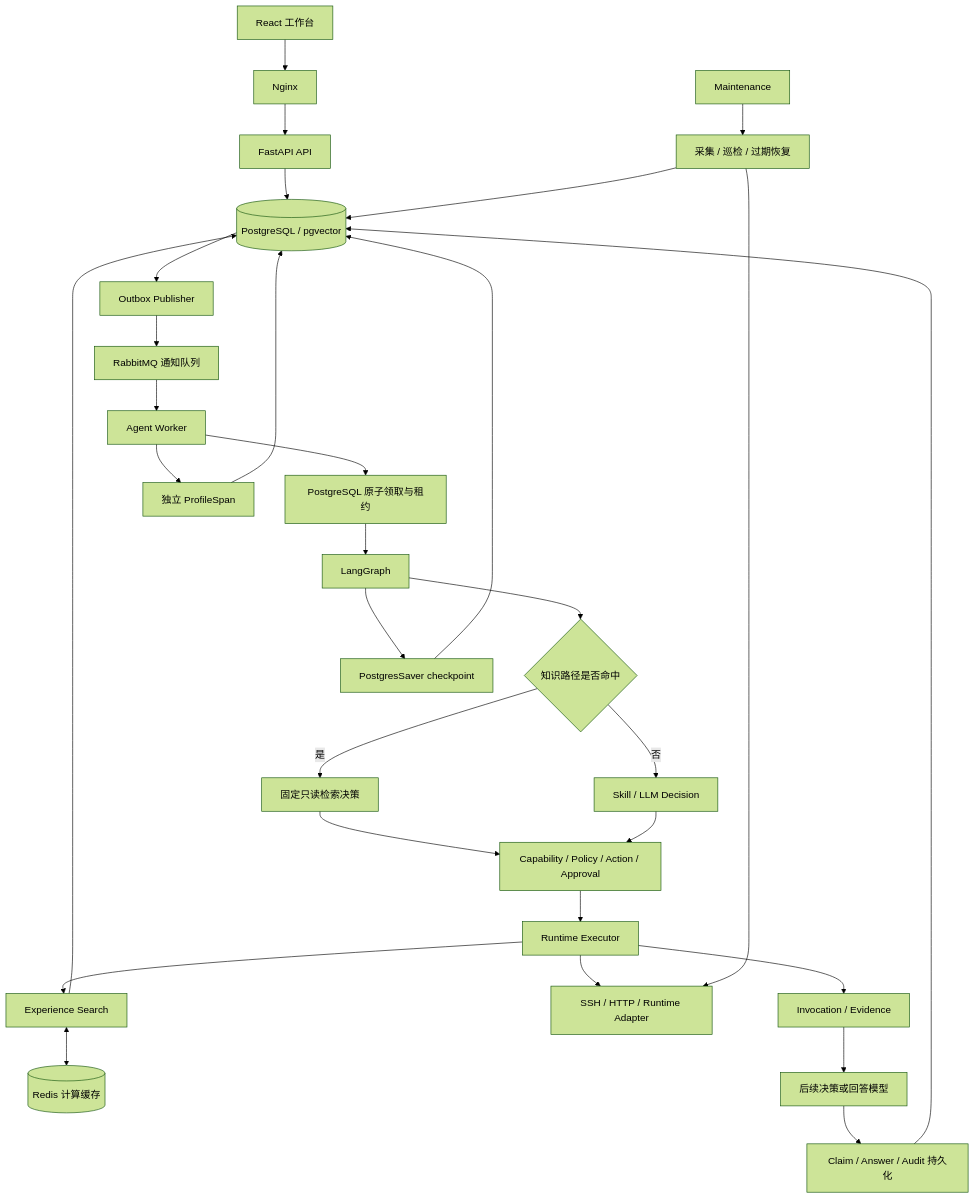
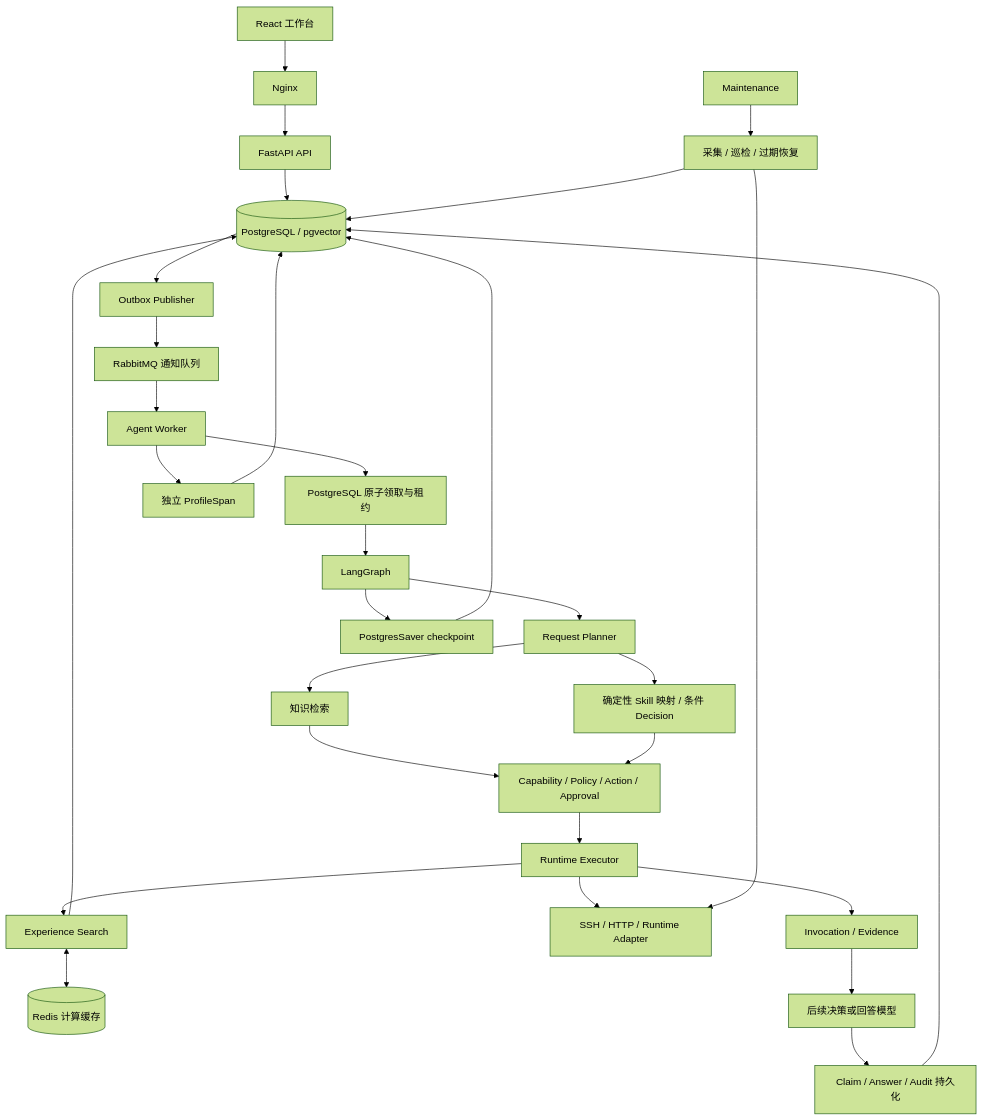
Before and after one commit to JChengPro/ops_agent_chat: the first of 4 diagrams in docs/architecture/CURRENT_DESIGN.md, drawn with Mermaid (forest theme). The commit also changed other lines of this file and 14 other files, not shown here.

Commit message:
feat: add multi-goal request planner

````diff
--- a/docs/architecture/CURRENT_DESIGN.md
+++ b/docs/architecture/CURRENT_DESIGN.md
@@ -43,32 +43,32 @@
 ```mermaid
 flowchart TD
     Browser[React 工作台] --> Web[Nginx]
     Web --> API[FastAPI API]
     API --> DB[(PostgreSQL / pgvector)]
     DB --> Publisher[Outbox Publisher]
     Publisher --> MQ[RabbitMQ 通知队列]
     MQ --> Worker[Agent Worker]
     Worker --> Claim[PostgreSQL 原子领取与租约]
     Claim --> Graph[LangGraph]
-    Graph --> Route{知识路径是否命中}
-    Route -->|是| Knowledge[固定只读检索决策]
-    Route -->|否| Loop[Skill / LLM Decision]
+    Graph --> Planner[Request Planner]
+    Planner --> Knowledge[知识检索]
+    Planner --> Loop[确定性 Skill 映射 / 条件 Decision]
     Knowledge --> Governance[Capability / Policy / Action / Approval]
     Loop --> Governance
     Governance --> Executor[Runtime Executor]
     Executor --> RAG[Experience Search]
     Executor --> Target[SSH / HTTP / Runtime Adapter]
     RAG --> DB
     RAG <--> Redis[(Redis 计算缓存)]
     Executor --> Evidence[Invocation / Evidence]
     Evidence --> Answer[后续决策或回答模型]
     Answer --> Persist[Claim / Answer / Audit 持久化]
     Persist --> DB
     Maintenance[Maintenance] --> Collect[采集 / 巡检 / 过期恢复]
     Collect --> DB
     Collect --> Target
     Graph --> Checkpoint[PostgresSaver checkpoint]
     Checkpoint --> DB
     Worker --> Profile[独立 ProfileSpan]
     Profile --> DB
 ```
````
